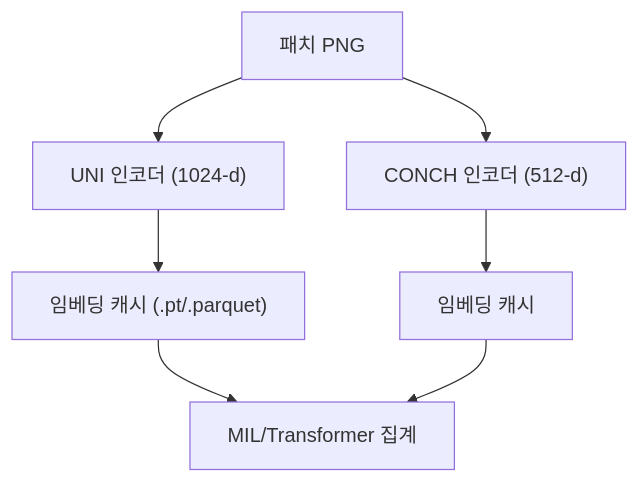
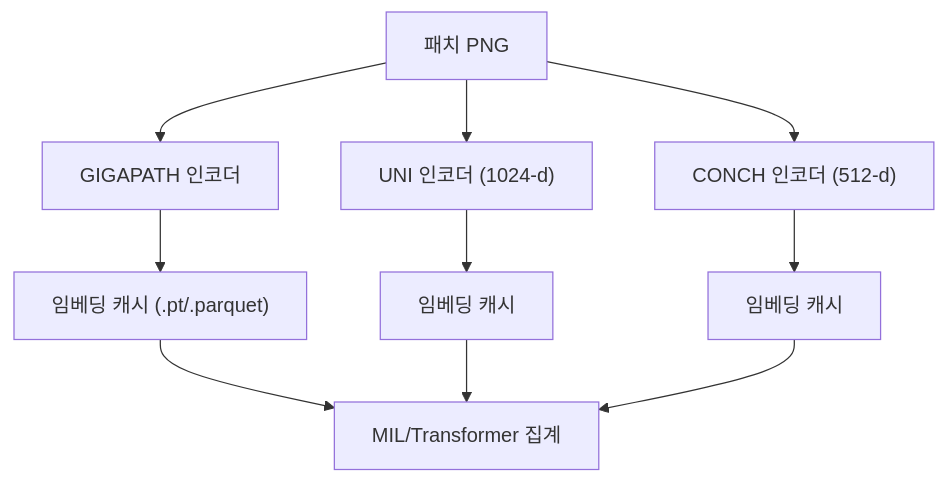
Before and after one commit to wsy8029/GC-Pathology: the third of 3 diagrams in PoC/v1/README.md, drawn with Mermaid. The commit also changed other lines of this file, not shown here.

Commit message:
Prioritize GIGAPATH in PoC v1 README

````diff
--- a/PoC/v1/README.md
+++ b/PoC/v1/README.md
@@ -56,6 +71,7 @@
 ```mermaid
 flowchart TD
-    P["패치 PNG"] --> U["UNI 인코더 (1024-d)"] --> I1["임베딩 캐시 (.pt/.parquet)"]
+    P["패치 PNG"] --> G["GIGAPATH 인코더"] --> I0["임베딩 캐시 (.pt/.parquet)"]
+    P --> U["UNI 인코더 (1024-d)"] --> I1["임베딩 캐시"]
     P --> C["CONCH 인코더 (512-d)"] --> I2["임베딩 캐시"]
-    I1 & I2 --> M["MIL/Transformer 집계"]
+    I0 & I1 & I2 --> M["MIL/Transformer 집계"]
 ```
````
